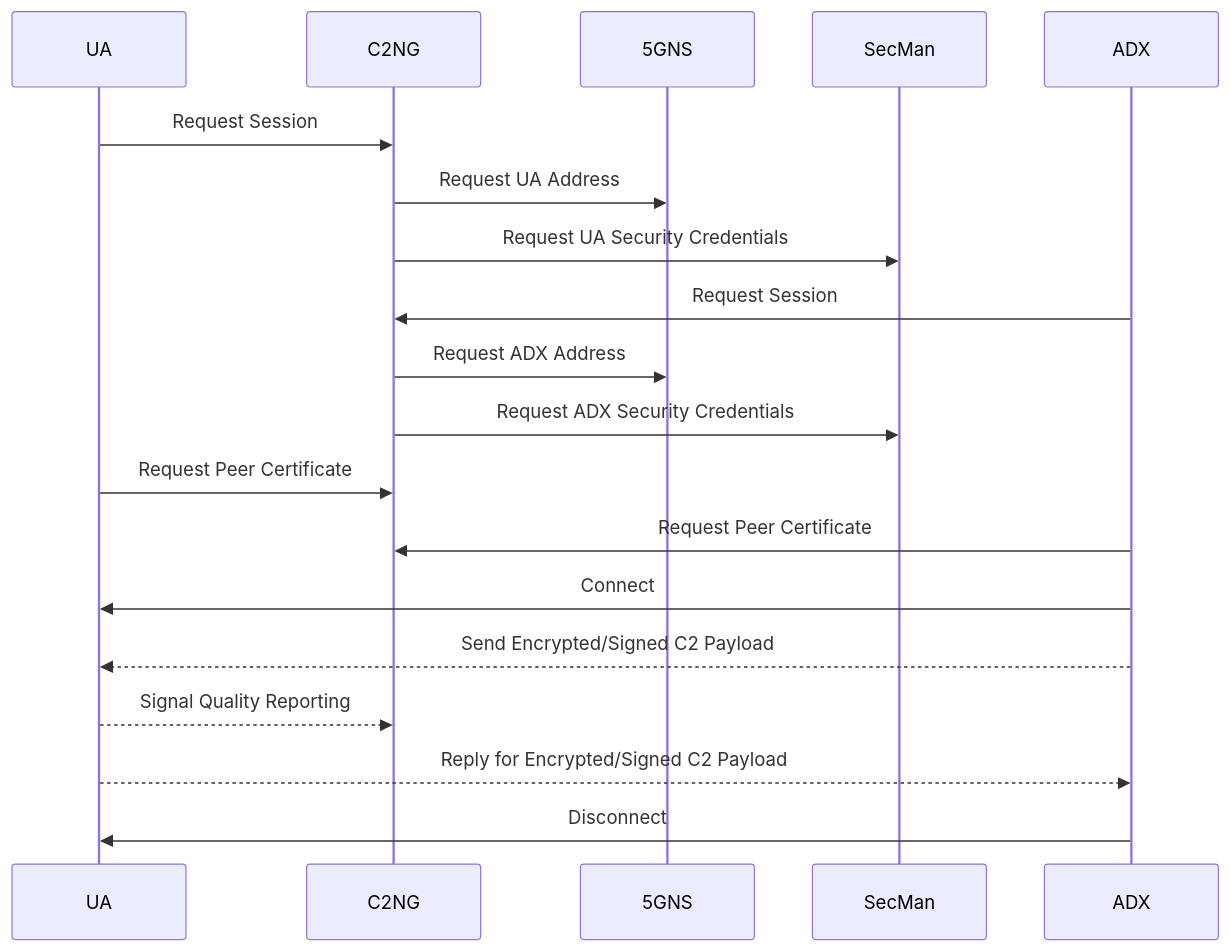
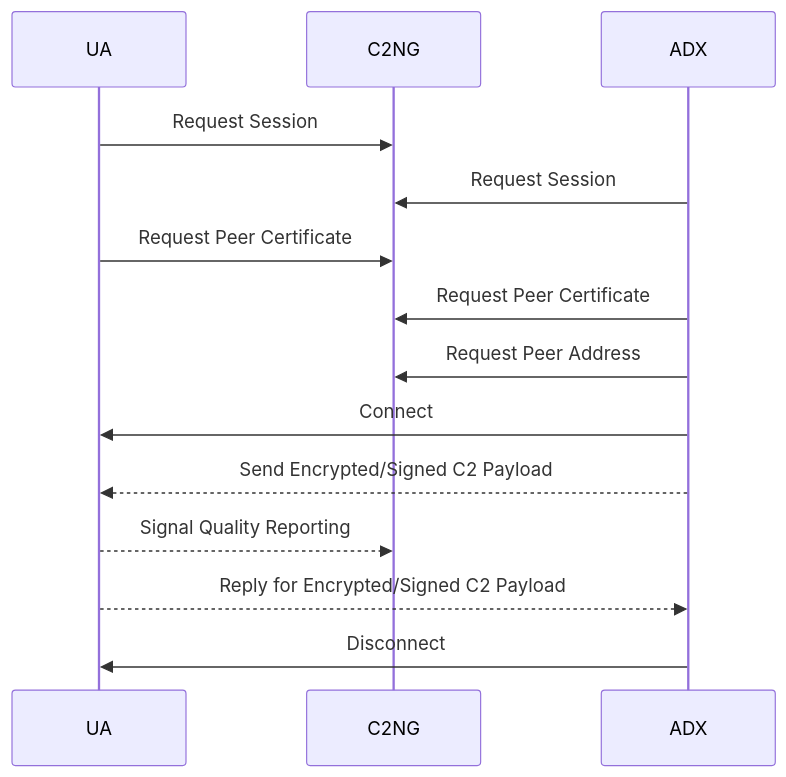
Before and after one commit to flyvercity/iot-ngin-c2ng: the sixth of 7 diagrams in docs/GENERAL.md, drawn with Mermaid. The commit also changed other lines of this file, not shown here.

````diff
--- a/docs/GENERAL.md
+++ b/docs/GENERAL.md
@@ -157,16 +171,13 @@
 ```mermaid
 sequenceDiagram
     UA ->> C2NG: Request Session
-    C2NG ->> 5GNS: Request UA Address
-    C2NG ->> SecMan: Request UA Security Credentials
     ADX ->> C2NG: Request Session
-    C2NG ->> 5GNS: Request ADX Address
-    C2NG ->> SecMan: Request ADX Security Credentials
     UA ->> C2NG: Request Peer Certificate
     ADX ->> C2NG: Request Peer Certificate
+    ADX ->> C2NG: Request Peer Address
     ADX ->> UA: Connect
     ADX -->> UA: Send Encrypted/Signed C2 Payload
     UA -->> C2NG: Signal Quality Reporting
     UA -->> ADX: Reply for Encrypted/Signed C2 Payload
     ADX ->> UA: Disconnect
 ```
````
